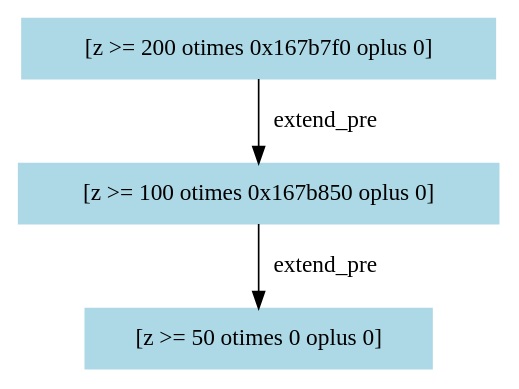
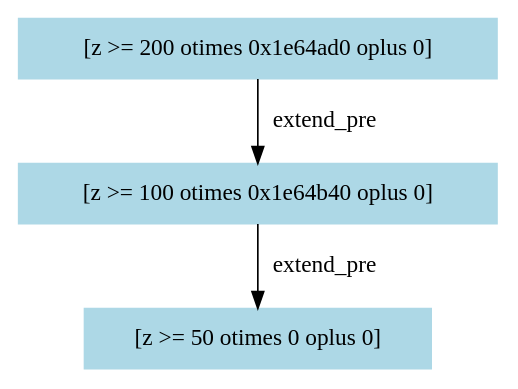
The diagram in outputs/weights-graphs/12.dot (RangerBu/st-checker), drawn with Graphviz before and after one commit. The commit also changed 64 other files, not shown here.

```diff
--- a/outputs/weights-graphs/12.dot
+++ b/outputs/weights-graphs/12.dot
@@ -1,7 +1,7 @@
 digraph "[x := 50]" {
-"0x167b460" [label="[z >= 200 otimes 0x167b7f0 oplus 0]", color=lightblue,style=filled,shape=box]
-"0x167b460" -> "0x167b7f0" [label=extend_pre,color=black]
-"0x167b7f0" [label="[z >= 100 otimes 0x167b850 oplus 0]", color=lightblue,style=filled,shape=box]
-"0x167b7f0" -> "0x167b850" [label=extend_pre,color=black]
-"0x167b850" [label="[z >= 50 otimes 0 oplus 0]", color=lightblue,style=filled,shape=box]
+"0x1e64720" [label="[z >= 200 otimes 0x1e64ad0 oplus 0]", color=lightblue,style=filled,shape=box]
+"0x1e64720" -> "0x1e64ad0" [label=extend_pre,color=black]
+"0x1e64ad0" [label="[z >= 100 otimes 0x1e64b40 oplus 0]", color=lightblue,style=filled,shape=box]
+"0x1e64ad0" -> "0x1e64b40" [label=extend_pre,color=black]
+"0x1e64b40" [label="[z >= 50 otimes 0 oplus 0]", color=lightblue,style=filled,shape=box]
 }
```
